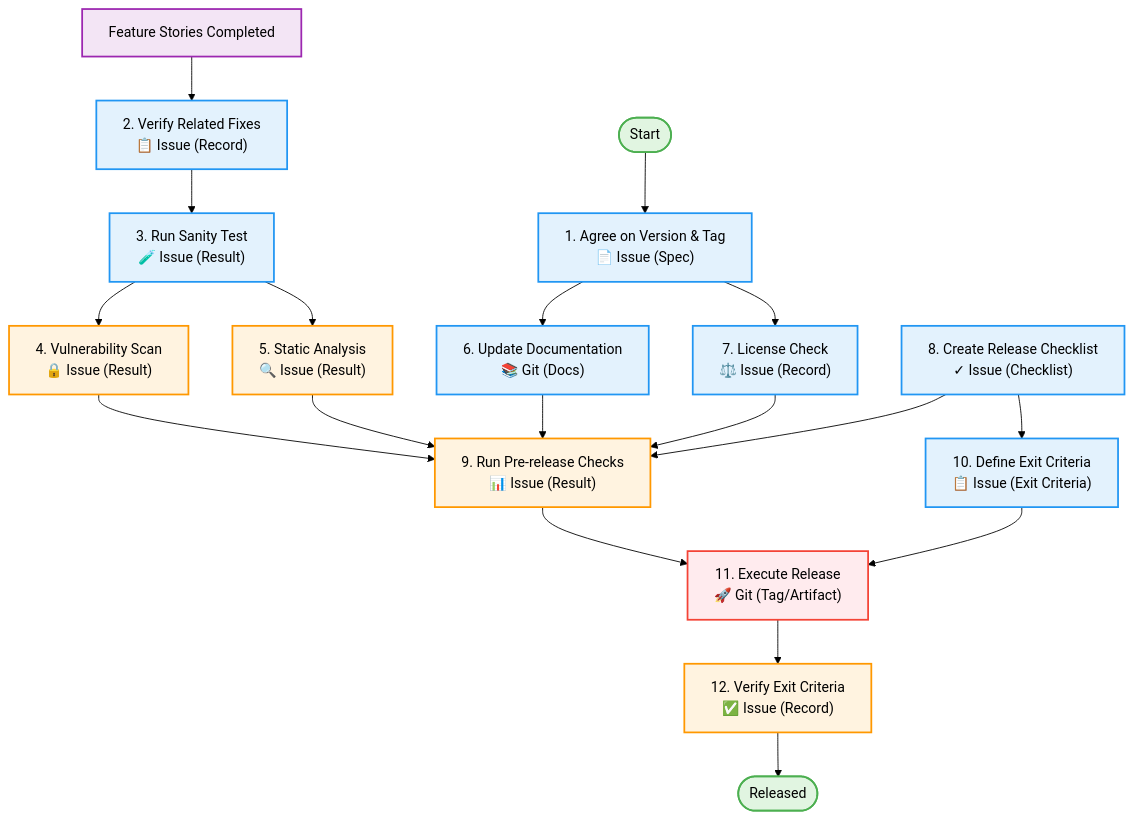
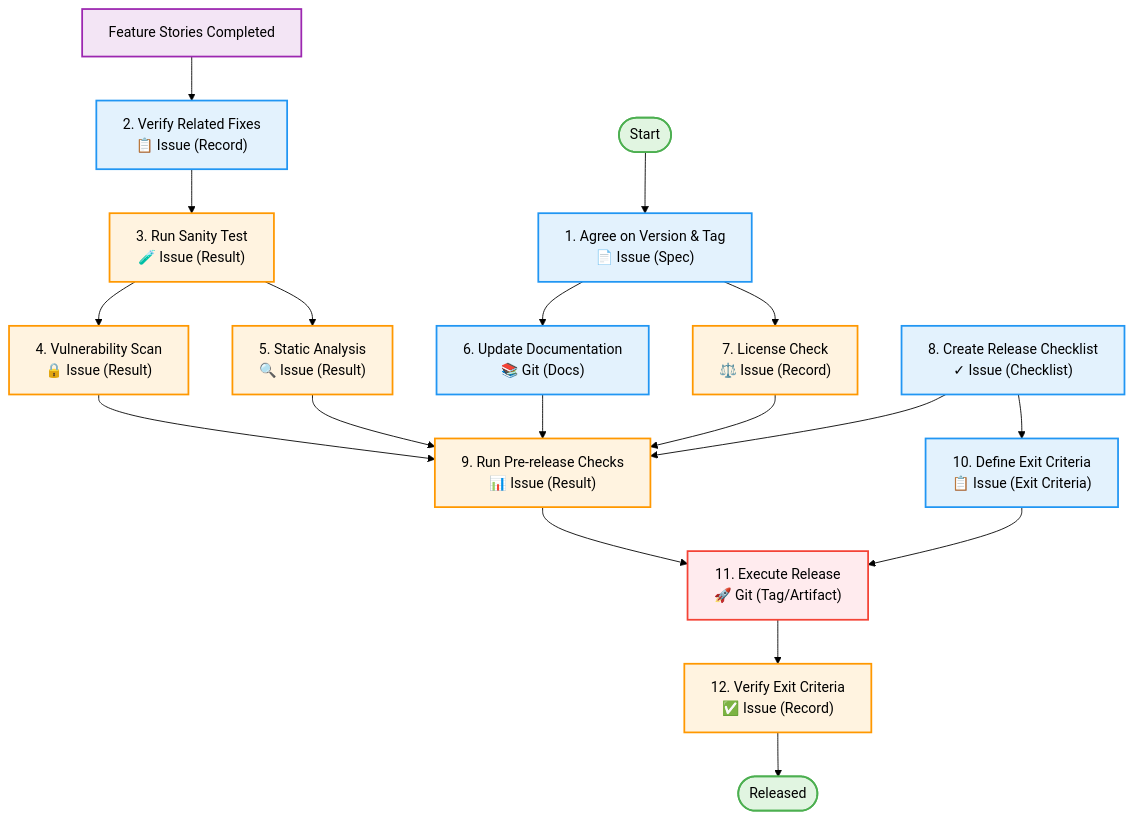
Before and after one commit to LongbowXXX/terraformer: the fourth of 4 diagrams in knowledge/workflows/workflow.md, drawn with Mermaid (forest theme). The commit also changed other lines of this file, not shown here.

Commit message:
feat: update workflow

````diff
--- a/knowledge/workflows/workflow.md
+++ b/knowledge/workflows/workflow.md
@@ -179,34 +179,34 @@
 ```mermaid
 graph TD
     Start([Start]) --> T1
     Features[Feature Stories Completed] --> T2
 
     T1["1. Agree on Version & Tag<br/>📄 Issue (Spec)"] --> T6
     T1 --> T7
     T2["2. Verify Related Fixes<br/>📋 Issue (Record)"] --> T3
     T3["3. Run Sanity Test<br/>🧪 Issue (Result)"] --> T4
     T3 --> T5
     T4["4. Vulnerability Scan<br/>🔒 Issue (Result)"] --> T9
     T5["5. Static Analysis<br/>🔍 Issue (Result)"] --> T9
     T6["6. Update Documentation<br/>📚 Git (Docs)"] --> T9
     T7["7. License Check<br/>⚖️ Issue (Record)"] --> T9
     T8["8. Create Release Checklist<br/>✓ Issue (Checklist)"] --> T9
     T8 --> T10
     T9["9. Run Pre-release Checks<br/>📊 Issue (Result)"] --> T11
     T10["10. Define Exit Criteria<br/>📋 Issue (Exit Criteria)"] --> T11
     T11["11. Execute Release<br/>🚀 Git (Tag/Artifact)"] --> T12
     T12["12. Verify Exit Criteria<br/>✅ Issue (Record)"] --> End
     End([Released])
 
     classDef startEnd fill:#e1f5e1,stroke:#4caf50,stroke-width:2px,color:#000
     classDef prereq fill:#f3e5f5,stroke:#9c27b0,stroke-width:2px,color:#000
     classDef task fill:#e3f2fd,stroke:#2196f3,stroke-width:2px,color:#000
     classDef check fill:#fff3e0,stroke:#ff9800,stroke-width:2px,color:#000
     classDef release fill:#ffebee,stroke:#f44336,stroke-width:2px,color:#000
 
     class Start,End startEnd
     class Features prereq
-    class T1,T2,T3,T6,T7,T8,T10 task
-    class T4,T5,T9,T12 check
+    class T1,T2,T6,T8,T10 task
+    class T3,T4,T5,T7,T9,T12 check
     class T11 release
 ```
````
